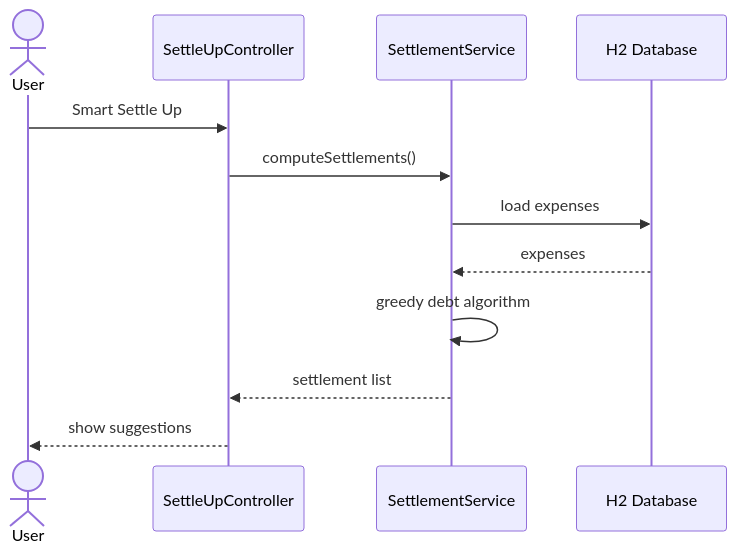
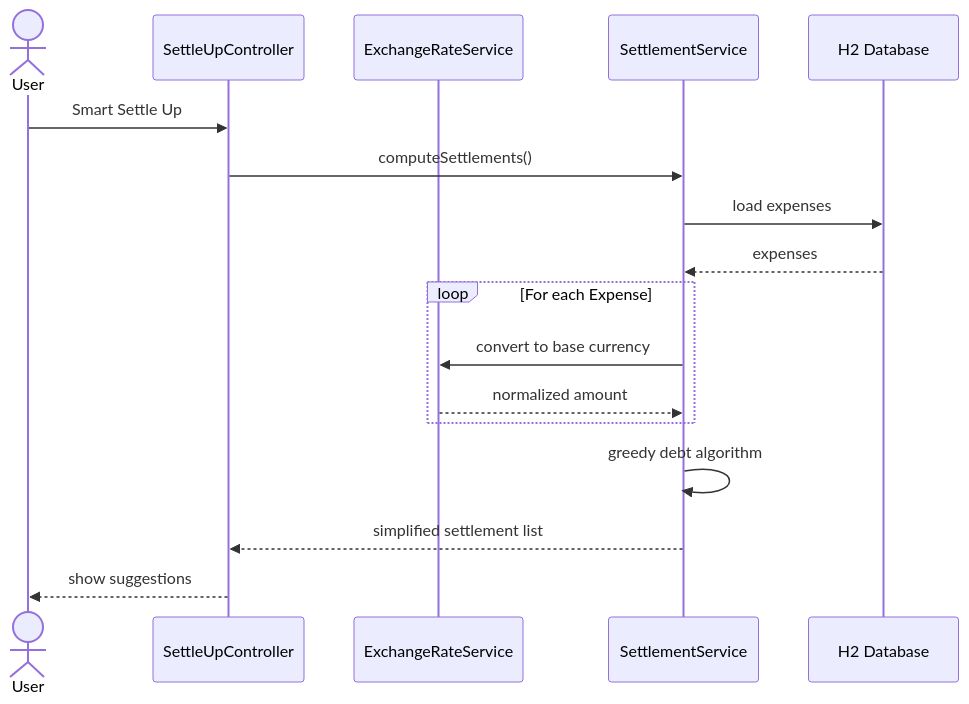
The fourth of 5 diagrams in README.md (malcolm-cephas/Expense_Splitter), drawn with Mermaid before and after one commit. The commit also changed other lines of this file and 12 other files, not shown here.

````diff
--- a/README.md
+++ b/README.md
@@ -229,18 +239,24 @@
 ```mermaid
 sequenceDiagram
 actor User
 participant UI as SettleUpController
+participant EX as ExchangeRateService
 participant Service as SettlementService
 participant DB as H2 Database
 
 User ->> UI: Smart Settle Up
 UI ->> Service: computeSettlements()
 
 Service ->> DB: load expenses
 DB -->> Service: expenses
 
+loop For each Expense
+    Service ->> EX: convert to base currency
+    EX -->> Service: normalized amount
+end
+
 Service ->> Service: greedy debt algorithm
 
-Service -->> UI: settlement list
+Service -->> UI: simplified settlement list
 UI -->> User: show suggestions
 ```
````
